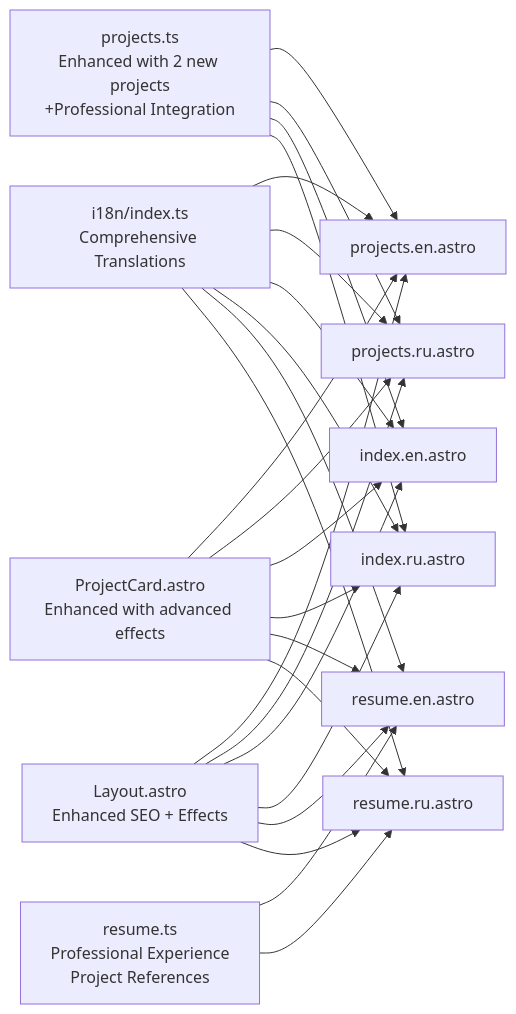
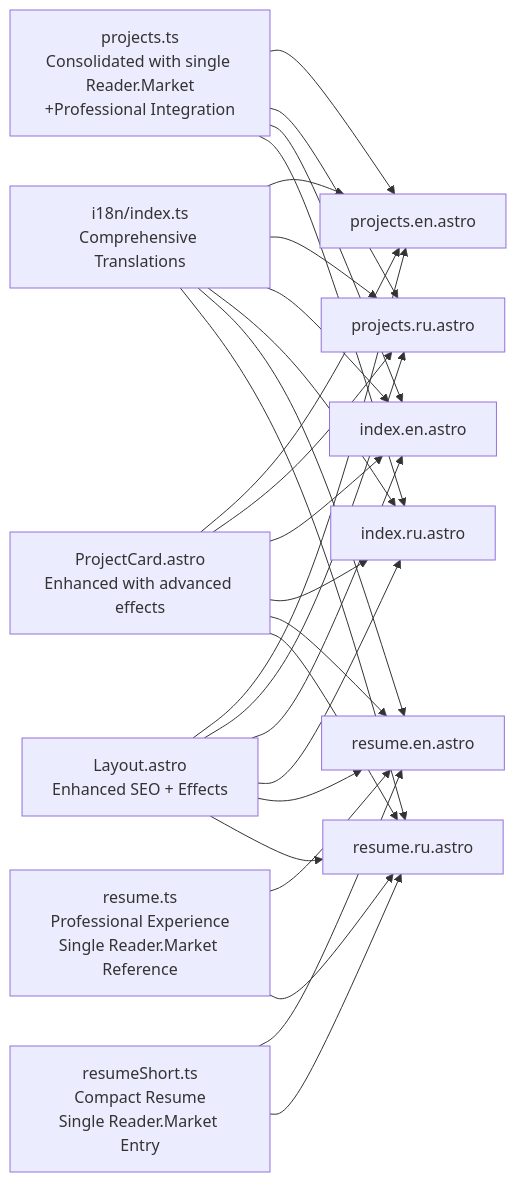
Before and after one commit to WizardJIOCb/rodion.pro: the ninth of 9 diagrams in .qoder/repowiki/en/content/Core Features/Portfolio Project Showcase.md, drawn with Mermaid. The commit also changed other lines of this file and 20 other files, not shown here.

````diff
--- a/.qoder/repowiki/en/content/Core Features/Portfolio Project Showcase.md
+++ b/.qoder/repowiki/en/content/Core Features/Portfolio Project Showcase.md
@@ -514,27 +530,29 @@
 ```mermaid
 graph LR
-D["projects.ts<br/>Enhanced with 2 new projects<br/>+Professional Integration"] --> EN["projects.en.astro"]
+D["projects.ts<br/>Consolidated with single Reader.Market<br/>+Professional Integration"] --> EN["projects.en.astro"]
 D --> RU["projects.ru.astro"]
 D --> IDX_EN["index.en.astro"]
 D --> IDX_RU["index.ru.astro"]
-R["resume.ts<br/>Professional Experience<br/>Project References"] --> RES_EN["resume.en.astro"]
+R["resume.ts<br/>Professional Experience<br/>Single Reader.Market Reference"] --> RES_EN["resume.en.astro"]
 R --> RES_RU["resume.ru.astro"]
+RS["resumeShort.ts<br/>Compact Resume<br/>Single Reader.Market Entry"] --> RES_EN
+RS --> RES_RU
 I["i18n/index.ts<br/>Comprehensive Translations"] --> EN
 I --> RU
 I --> IDX_EN
 I --> IDX_RU
 I --> RES_EN
 I --> RES_RU
 C["ProjectCard.astro<br/>Enhanced with advanced effects"] --> EN
 C --> RU
 C --> IDX_EN
 C --> IDX_RU
 C --> RES_EN
 C --> RES_RU
 L["Layout.astro<br/>Enhanced SEO + Effects"] --> EN
 L --> RU
 L --> IDX_EN
 L --> IDX_RU
 L --> RES_EN
 L --> RES_RU
 ```
````
